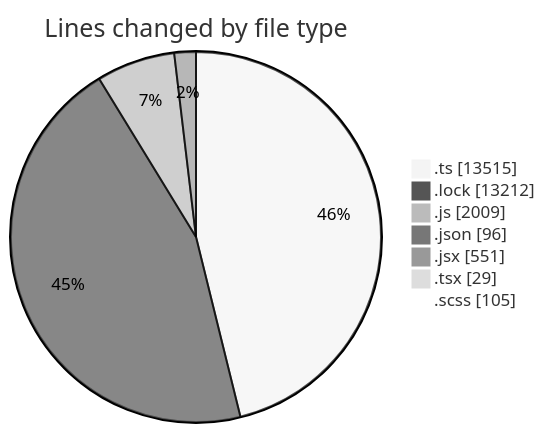
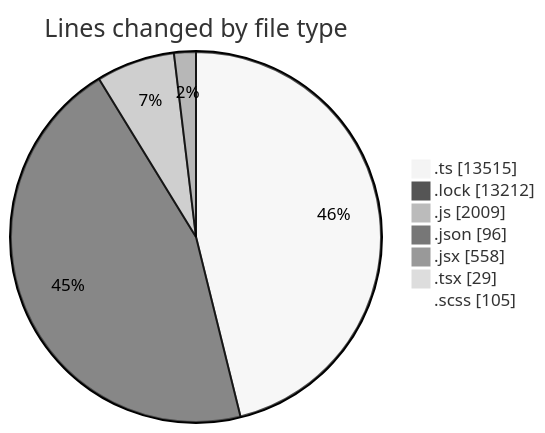
One commit to momahboobian/code-tracking changed the first of 2 diagrams in 2025-05-16/cda/README.md. Above: the diagram before and after it, drawn with Mermaid (neutral theme). The commit also changed other lines of this file and 1 other file, not shown here.

````diff
--- a/2025-05-16/cda/README.md
+++ b/2025-05-16/cda/README.md
@@ -38,11 +38,11 @@
 ```mermaid
 pie showData
 title Lines changed by file type
 ".ts" : 13515
 ".lock" : 13212
 ".js" : 2009
 ".json" : 96
-".jsx" : 551
+".jsx" : 558
 ".tsx" : 29
 ".scss" : 105
 ```
````
